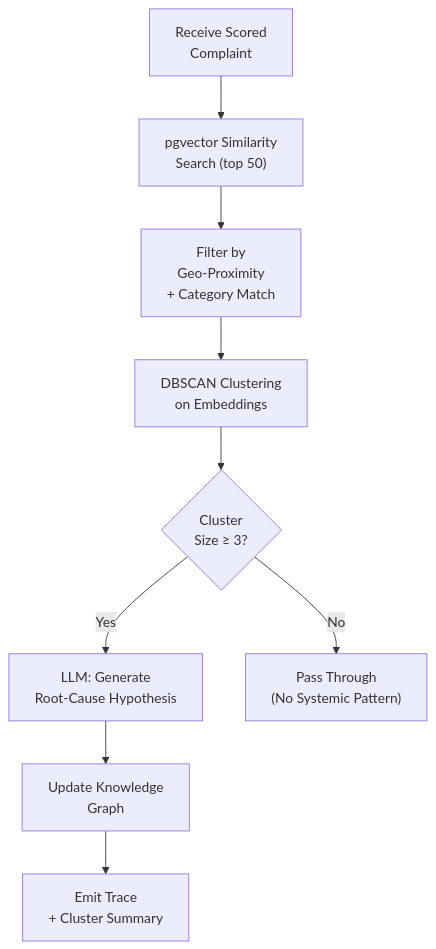
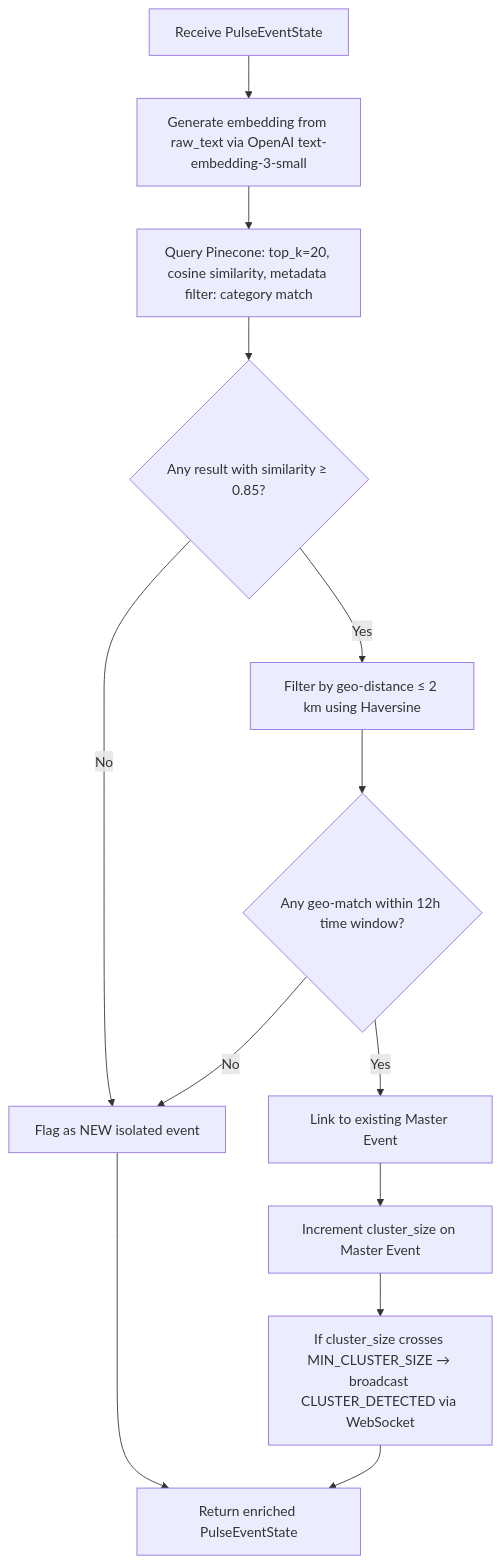
The second of 5 diagrams in docs/AGENT_SWARM.md (emmanuelmj/civix), drawn with Mermaid before and after one commit. The commit also changed other lines of this file and 4 other files, not shown here.

````diff
--- a/docs/AGENT_SWARM.md
+++ b/docs/AGENT_SWARM.md
@@ -181,13 +223,15 @@
 ```mermaid
 flowchart TD
-    INPUT["Receive Scored\nComplaint"] --> SEARCH["pgvector Similarity\nSearch (top 50)"]
-    SEARCH --> FILTER["Filter by\nGeo-Proximity\n+ Category Match"]
-    FILTER --> CLUSTER["DBSCAN Clustering\non Embeddings"]
-    CLUSTER --> CHECK{"Cluster\nSize ≥ 3?"}
-    
-    CHECK -- Yes --> HYPO["LLM: Generate\nRoot-Cause Hypothesis"]
-    CHECK -- No --> PASS["Pass Through\n(No Systemic Pattern)"]
-    
-    HYPO --> GRAPH["Update Knowledge\nGraph"]
-    GRAPH --> EMIT["Emit Trace\n+ Cluster Summary"]
+    A["Receive PulseEventState"] --> B["Generate embedding from raw_text via OpenAI text-embedding-3-small"]
+    B --> C["Query Pinecone: top_k=20, cosine similarity, metadata filter: category match"]
+    C --> D{"Any result with similarity ≥ 0.85?"}
+    D -- No --> E["Flag as NEW isolated event"]
+    D -- Yes --> F["Filter by geo-distance ≤ 2 km using Haversine"]
+    F --> G{"Any geo-match within 12h time window?"}
+    G -- No --> E
+    G -- Yes --> H["Link to existing Master Event"]
+    H --> I["Increment cluster_size on Master Event"]
+    I --> J["If cluster_size crosses MIN_CLUSTER_SIZE → broadcast CLUSTER_DETECTED via WebSocket"]
+    E --> K["Return enriched PulseEventState"]
+    J --> K
 ```
````
